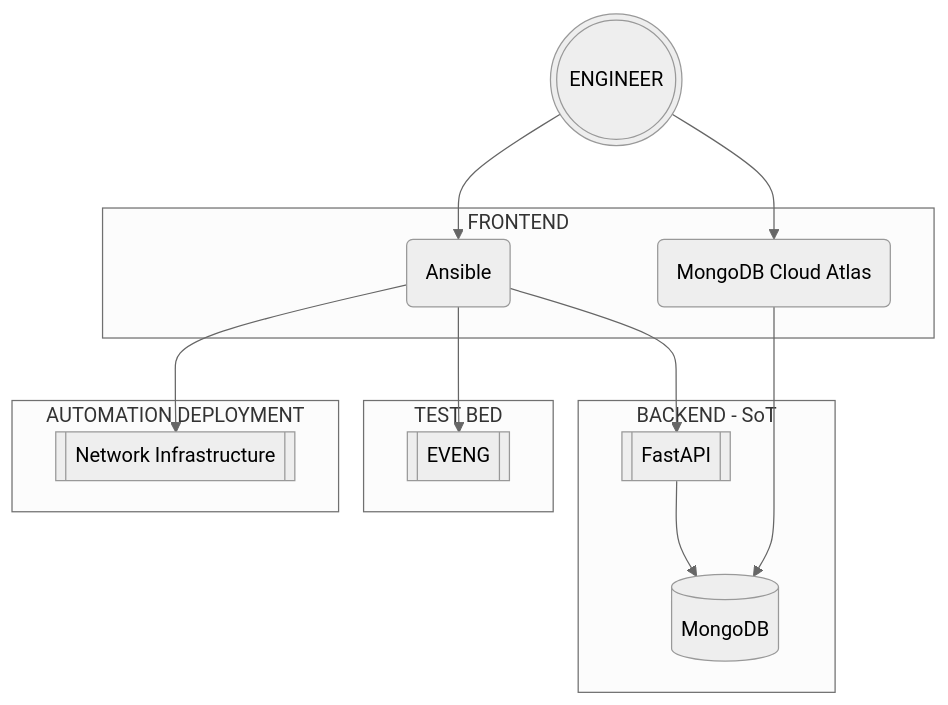
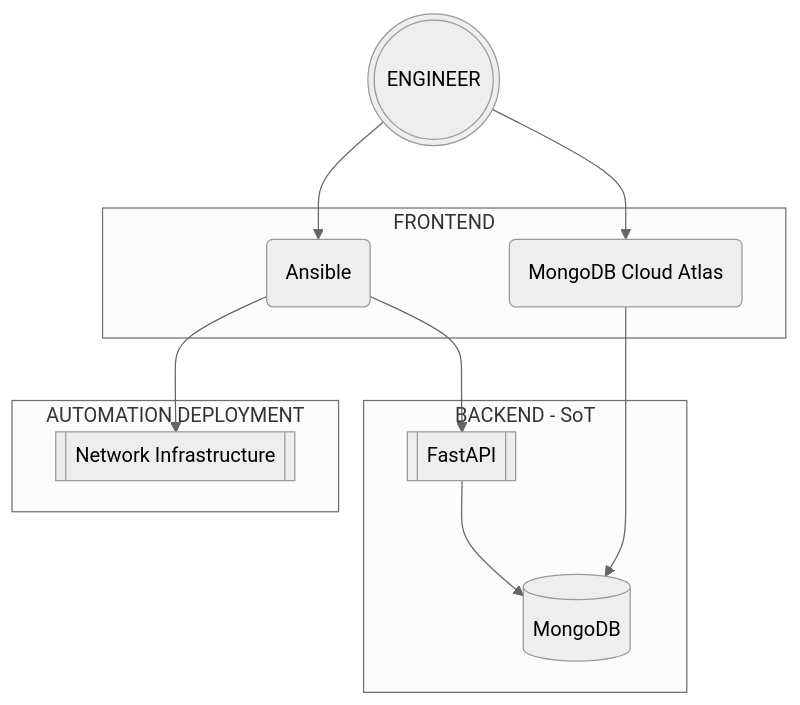
One commit to jnaranjom/iac_network_deployment changed the diagram in diagrams/automation_framework.md. Above: the diagram before and after it, drawn with Mermaid (neutral theme).

````diff
--- a/diagrams/automation_framework.md
+++ b/diagrams/automation_framework.md
@@ -1,26 +1,22 @@
 ```mermaid
 flowchart TB
     A[(MongoDB)]
     B[[FastAPI]]
     C(MongoDB Cloud Atlas)
     D(Ansible)
     E[[Network Infrastructure]]
     F(((ENGINEER)))
-    G[[EVENG]]
     subgraph BACKEND - SoT
         B --> A
     end
     subgraph FRONTEND
         C --> A
         D --> B
     end
     F --> C
     F --> D
-    subgraph TEST BED
-        D --> G
-    end
     subgraph AUTOMATION DEPLOYMENT
         D --> E
     end
 
 ```
````
